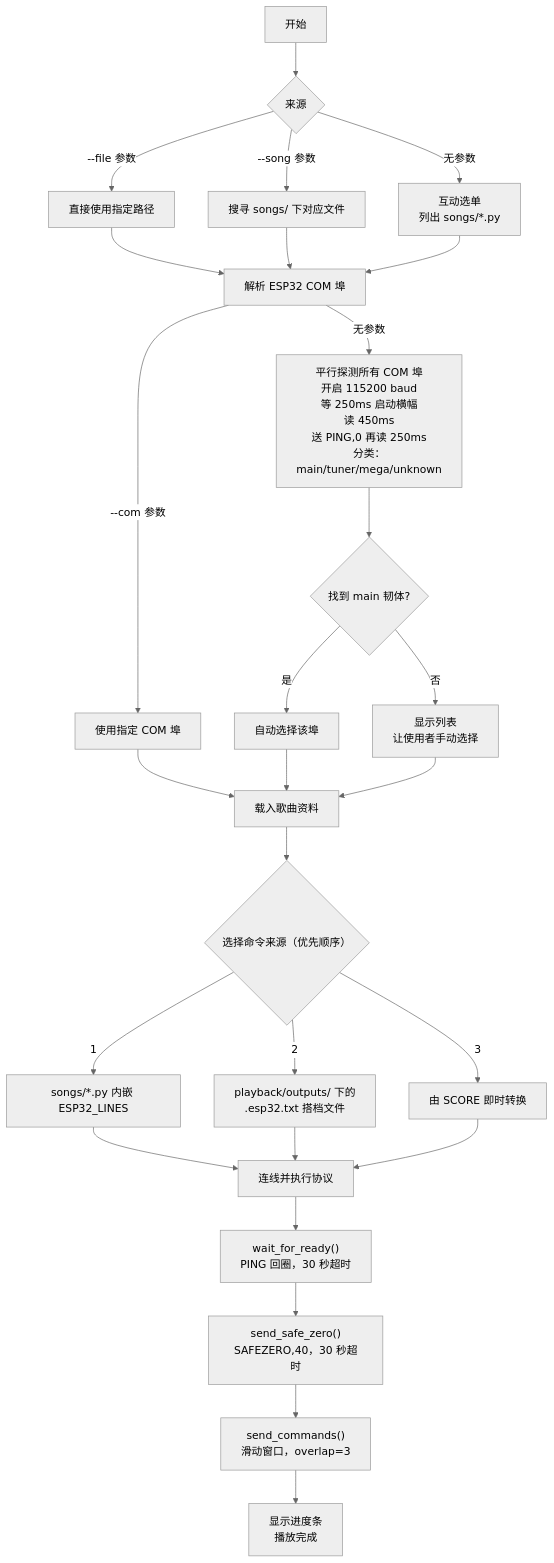
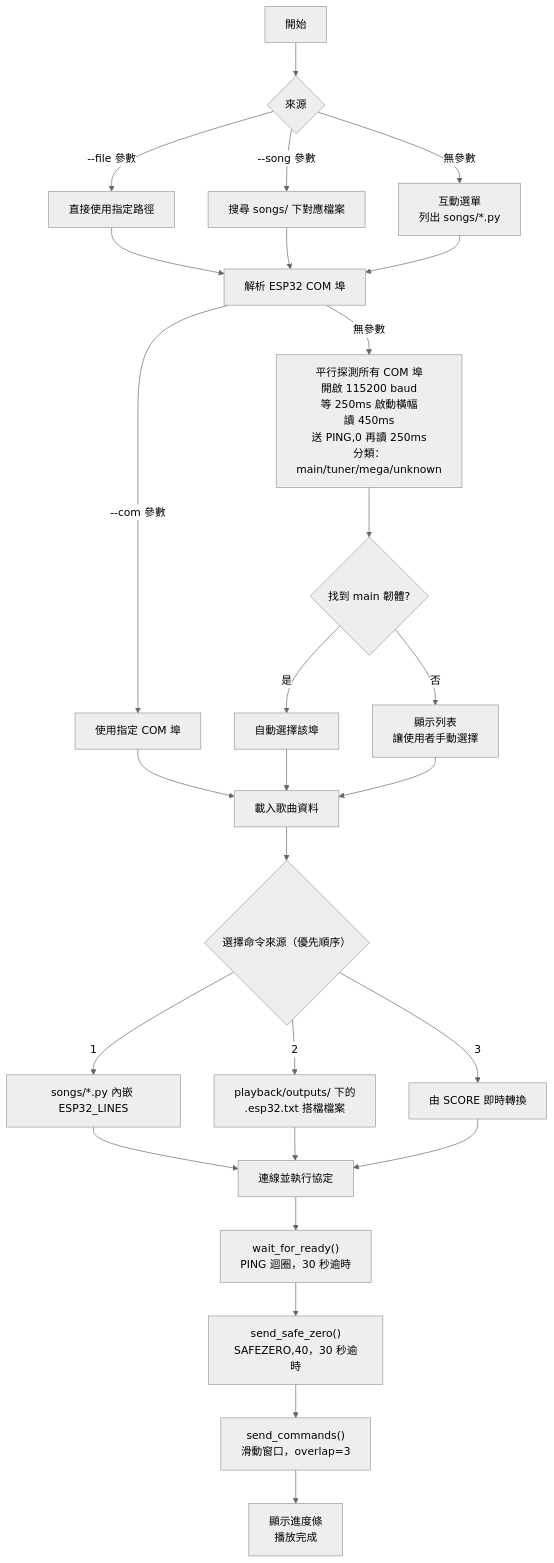
Before and after one commit to wjmmmwjj/auto_piano: diagram 11 of 14 in README.md, drawn with Mermaid (neutral theme). The commit also changed other lines of this file, not shown here.

Commit message:
README: 改為繁體中文版本，含安裝教學與完整流程圖

````diff
--- a/README.md
+++ b/README.md
@@ -771,35 +771,35 @@
 ```mermaid
 flowchart TD
-    A["开始"] --> B{"来源"}
-    B -->|"--file 参数"| C["直接使用指定路径"]
-    B -->|"--song 参数"| D["搜寻 songs/ 下对应文件"]
-    B -->|"无参数"| E["互动选单\n列出 songs/*.py"]
+    A["開始"] --> B{"來源"}
+    B -->|"--file 參數"| C["直接使用指定路徑"]
+    B -->|"--song 參數"| D["搜尋 songs/ 下對應檔案"]
+    B -->|"無參數"| E["互動選單\n列出 songs/*.py"]
 
     C --> F["解析 ESP32 COM 埠"]
     D --> F
     E --> F
 
-    F -->|"--com 参数"| G["使用指定 COM 埠"]
-    F -->|"无参数"| H["平行探测所有 COM 埠\n开启 115200 baud\n等 250ms 启动横幅\n读 450ms\n送 PING,0 再读 250ms\n分类：main/tuner/mega/unknown"]
-    H --> I{"找到 main 韧体?"}
-    I -->|"是"| J["自动选择该埠"]
-    I -->|"否"| K["显示列表\n让使用者手动选择"]
+    F -->|"--com 參數"| G["使用指定 COM 埠"]
+    F -->|"無參數"| H["平行探測所有 COM 埠\n開啟 115200 baud\n等 250ms 啟動橫幅\n讀 450ms\n送 PING,0 再讀 250ms\n分類：main/tuner/mega/unknown"]
+    H --> I{"找到 main 韌體?"}
+    I -->|"是"| J["自動選擇該埠"]
+    I -->|"否"| K["顯示列表\n讓使用者手動選擇"]
 
-    G --> L["载入歌曲资料"]
+    G --> L["載入歌曲資料"]
     J --> L
     K --> L
 
-    L --> M{"选择命令来源（优先顺序）"}
-    M -->|"1"| N["songs/*.py 内嵌 ESP32_LINES"]
-    M -->|"2"| O["playback/outputs/ 下的\n.esp32.txt 搭档文件"]
-    M -->|"3"| P["由 SCORE 即时转换"]
+    L --> M{"選擇命令來源（優先順序）"}
+    M -->|"1"| N["songs/*.py 內嵌 ESP32_LINES"]
+    M -->|"2"| O["playback/outputs/ 下的\n.esp32.txt 搭檔檔案"]
+    M -->|"3"| P["由 SCORE 即時轉換"]
 
-    N --> Q["连线并执行协议"]
+    N --> Q["連線並執行協定"]
     O --> Q
     P --> Q
 
-    Q --> Q1["wait_for_ready()\nPING 回圈，30 秒超时"]
-    Q1 --> Q2["send_safe_zero()\nSAFEZERO,40，30 秒超时"]
-    Q2 --> Q3["send_commands()\n滑动窗口，overlap=3"]
-    Q3 --> R["显示进度条\n播放完成"]
+    Q --> Q1["wait_for_ready()\nPING 迴圈，30 秒逾時"]
+    Q1 --> Q2["send_safe_zero()\nSAFEZERO,40，30 秒逾時"]
+    Q2 --> Q3["send_commands()\n滑動窗口，overlap=3"]
+    Q3 --> R["顯示進度條\n播放完成"]
 ```
````
